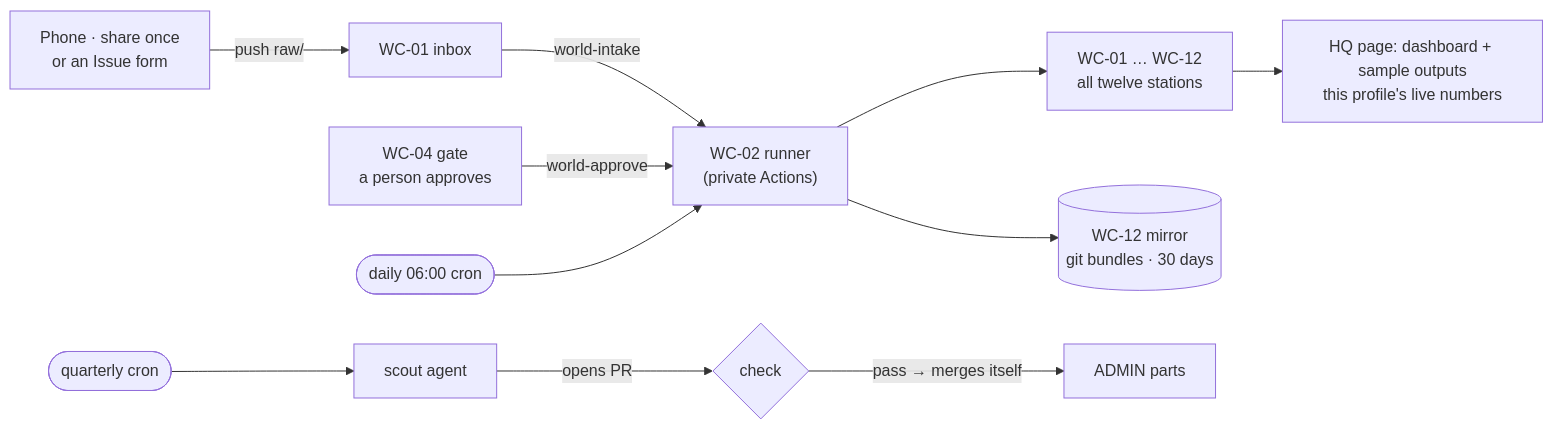
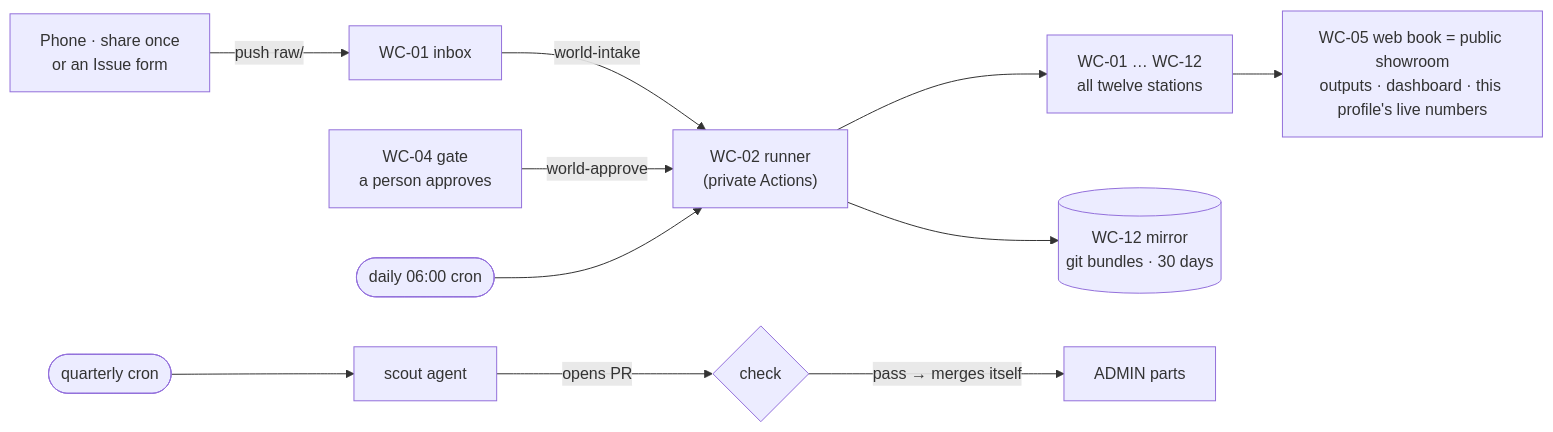
Before and after one commit to lfai-world/lfai-world: the diagram in README.md, drawn with Mermaid. The commit also changed other lines of this file and 1 other file, not shown here.

Commit message:
Profile: public = profile + drawer 05 (showroom); HQ private; admin-parts development-only

````diff
--- a/README.md
+++ b/README.md
@@ -80,11 +81,11 @@
 ```mermaid
 flowchart LR
   A["Phone · share once<br/>or an Issue form"] -->|push raw/| B["WC-01 inbox"]
   B -->|world-intake| R["WC-02 runner<br/>(private Actions)"]
   G["WC-04 gate<br/>a person approves"] -->|world-approve| R
   C(["daily 06:00 cron"]) --> R
   R --> S["WC-01 … WC-12<br/>all twelve stations"]
-  S --> D["HQ page: dashboard + sample outputs<br/>this profile's live numbers"]
+  S --> D["WC-05 web book = public showroom<br/>outputs · dashboard · this profile's live numbers"]
   R --> M[("WC-12 mirror<br/>git bundles · 30 days")]
   X(["quarterly cron"]) --> P["scout agent"] -->|opens PR| Q{"check"} -->|pass → merges itself| W["ADMIN parts"]
 ```
````
